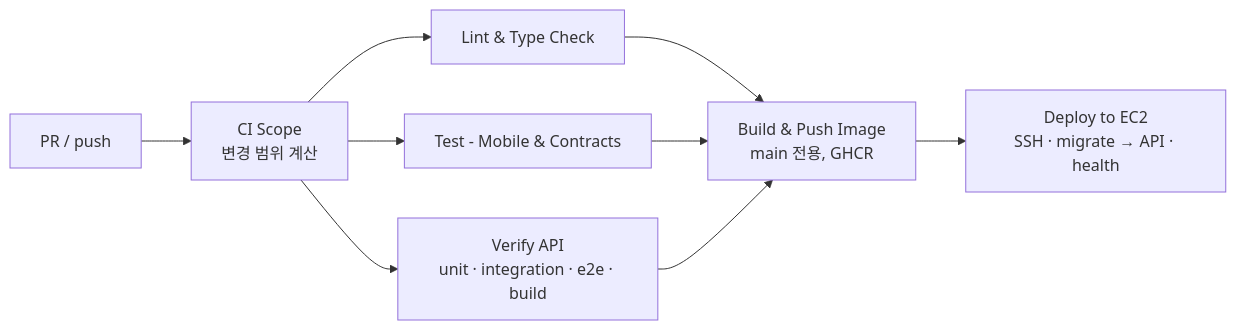
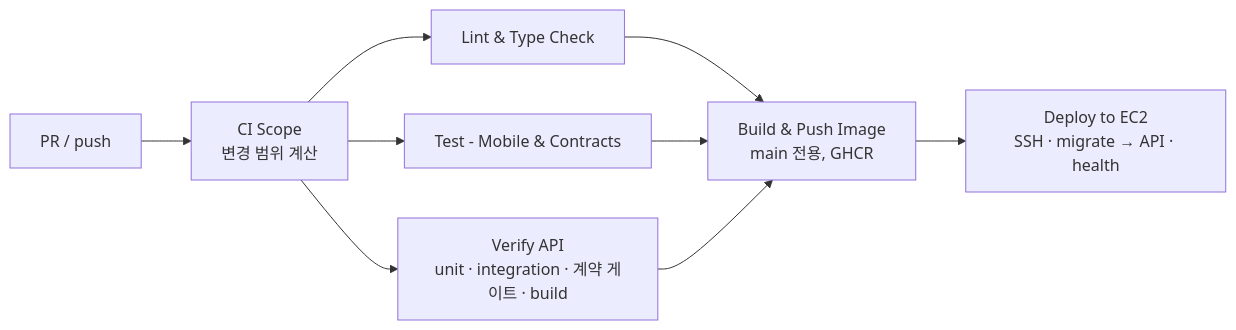
Before and after one commit to Aiddoo/Aido-platform: the second of 2 diagrams in README.md, drawn with Mermaid. The commit also changed other lines of this file and 1 other file, not shown here.

Commit message:
docs: README의 테스트 DB 병렬화·CI 계약 게이트·보안 검사 설명을 실제 구성에 맞춘다

````diff
--- a/README.md
+++ b/README.md
@@ -182,9 +182,9 @@
 ```mermaid
 flowchart LR
   PR[PR / push] --> Gate[CI Scope<br/>변경 범위 계산]
   Gate --> Lint[Lint & Type Check]
   Gate --> Unit[Test - Mobile & Contracts]
-  Gate --> API[Verify API<br/>unit · integration · e2e · build]
+  Gate --> API[Verify API<br/>unit · integration · 계약 게이트 · build]
   Lint & Unit & API --> Img[Build & Push Image<br/>main 전용, GHCR]
   Img --> Deploy[Deploy to EC2<br/>SSH · migrate → API · health]
 ```
````
